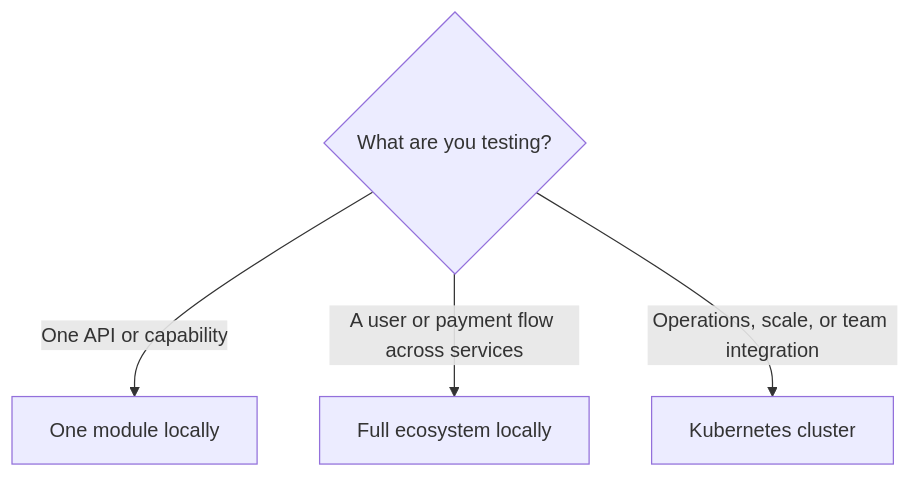
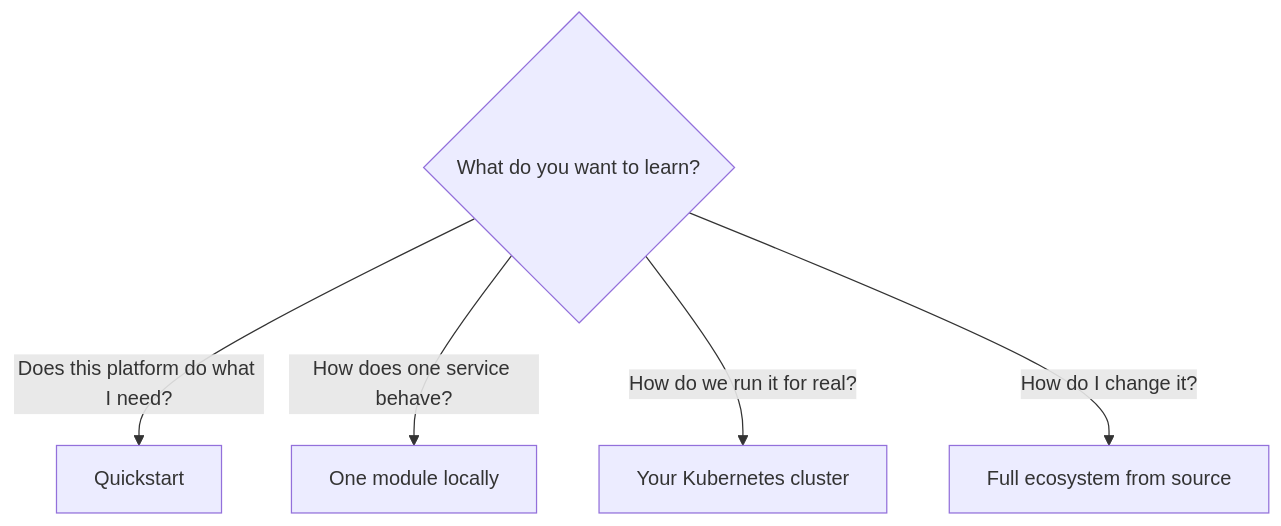
One commit to Labs64/labs64.io-docs changed the diagram in getting-started/choose-a-deployment-path.md. Above: the diagram before and after it, drawn with Mermaid. The commit also changed other lines of this file and 20 other files, not shown here.

````diff
--- a/getting-started/choose-a-deployment-path.md
+++ b/getting-started/choose-a-deployment-path.md
@@ -17,7 +39,8 @@
 ```mermaid
 flowchart TD
-  Q{"What are you testing?"}
-  Q -->|"One API or capability"| A["One module locally"]
-  Q -->|"A user or payment flow across services"| B["Full ecosystem locally"]
-  Q -->|"Operations, scale, or team integration"| C["Kubernetes cluster"]
+  Q{"What do you want to learn?"}
+  Q -->|"Does this platform do what I need?"| A["Quickstart"]
+  Q -->|"How does one service behave?"| B["One module locally"]
+  Q -->|"How do we run it for real?"| C["Your Kubernetes cluster"]
+  Q -->|"How do I change it?"| D["Full ecosystem from source"]
 ```
````
